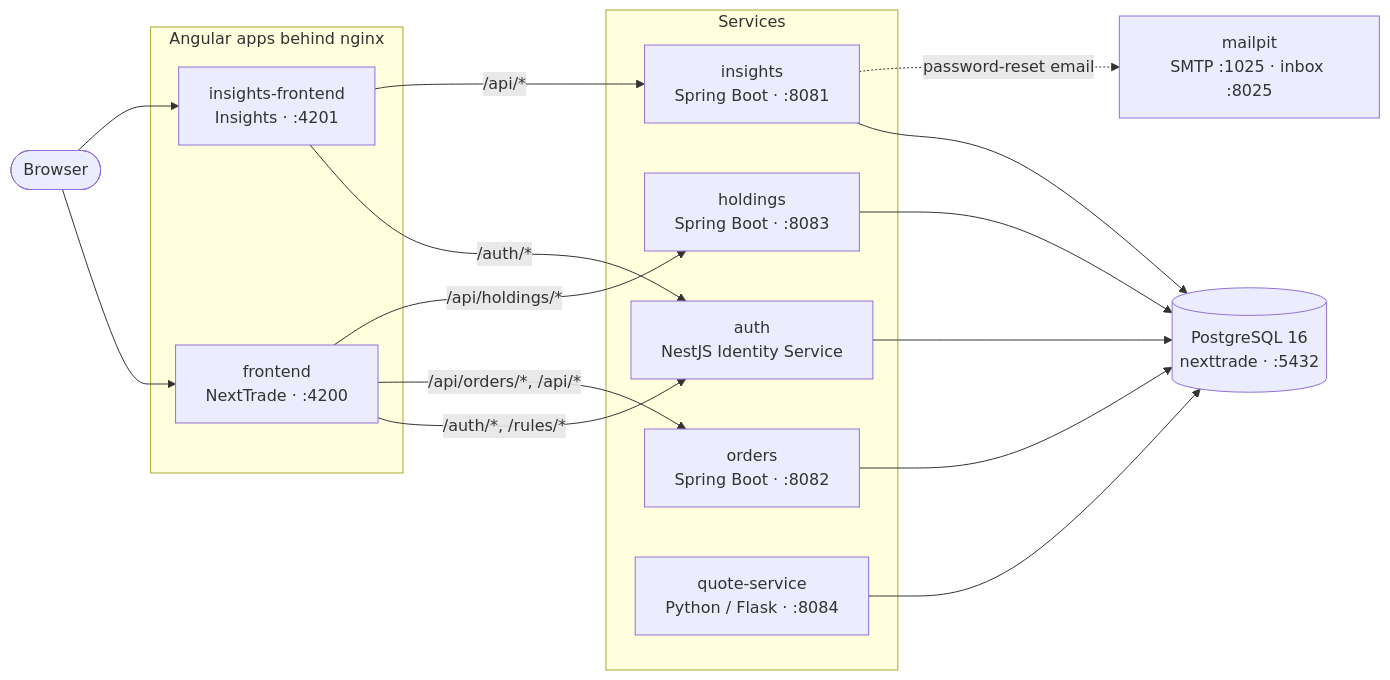
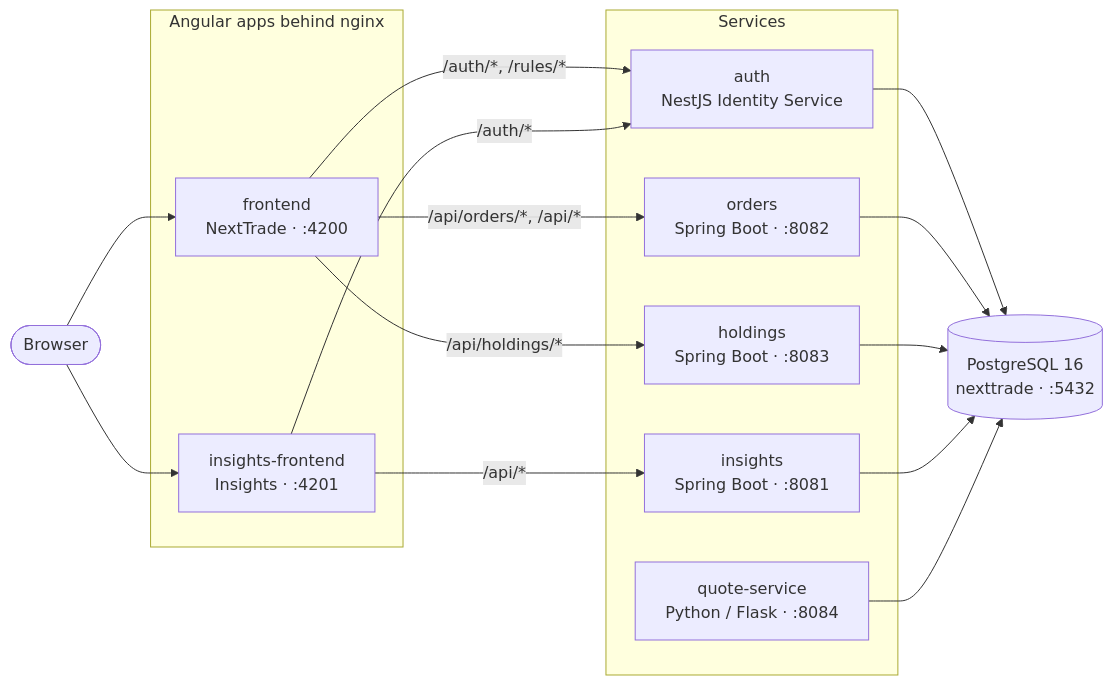
The first of 2 diagrams in README.md (juliawiecek/lil-leap), drawn with Mermaid before and after one commit. The commit also changed other lines of this file and 26 other files, not shown here.

Commit message:
feat(auth): forgot/reset password with outbox delivery (NEXT150)

````diff
--- a/README.md
+++ b/README.md
@@ -65,29 +65,27 @@
 ```mermaid
 flowchart LR
     browser([Browser])
 
     subgraph web["Angular apps behind nginx"]
         fe["frontend<br/>NextTrade · :4200"]
         ife["insights-frontend<br/>Insights · :4201"]
     end
 
     subgraph services["Services"]
         auth["auth<br/>NestJS Identity Service"]
         orders["orders<br/>Spring Boot · :8082"]
         holdings["holdings<br/>Spring Boot · :8083"]
         insights["insights<br/>Spring Boot · :8081"]
         quotes["quote-service<br/>Python / Flask · :8084"]
     end
 
     db[("PostgreSQL 16<br/>nexttrade · :5432")]
-    mail["mailpit<br/>SMTP :1025 · inbox :8025"]
 
     browser --> fe & ife
     fe -- "/auth/*, /rules/*" --> auth
     fe -- "/api/orders/*, /api/*" --> orders
     fe -- "/api/holdings/*" --> holdings
     ife -- "/auth/*" --> auth
     ife -- "/api/*" --> insights
     auth & orders & holdings & insights & quotes --> db
-    insights -. "password-reset email" .-> mail
 ```
````
